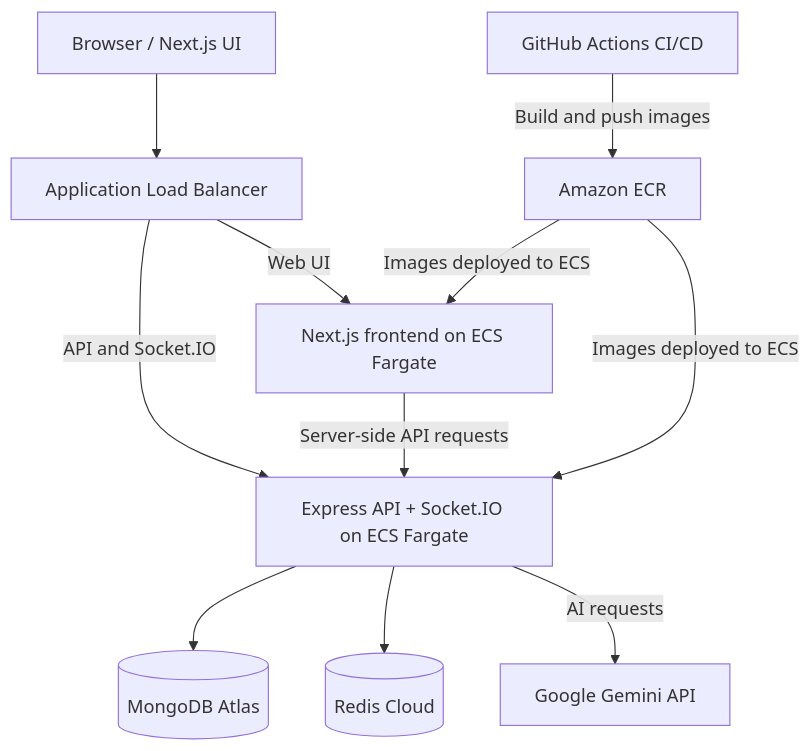
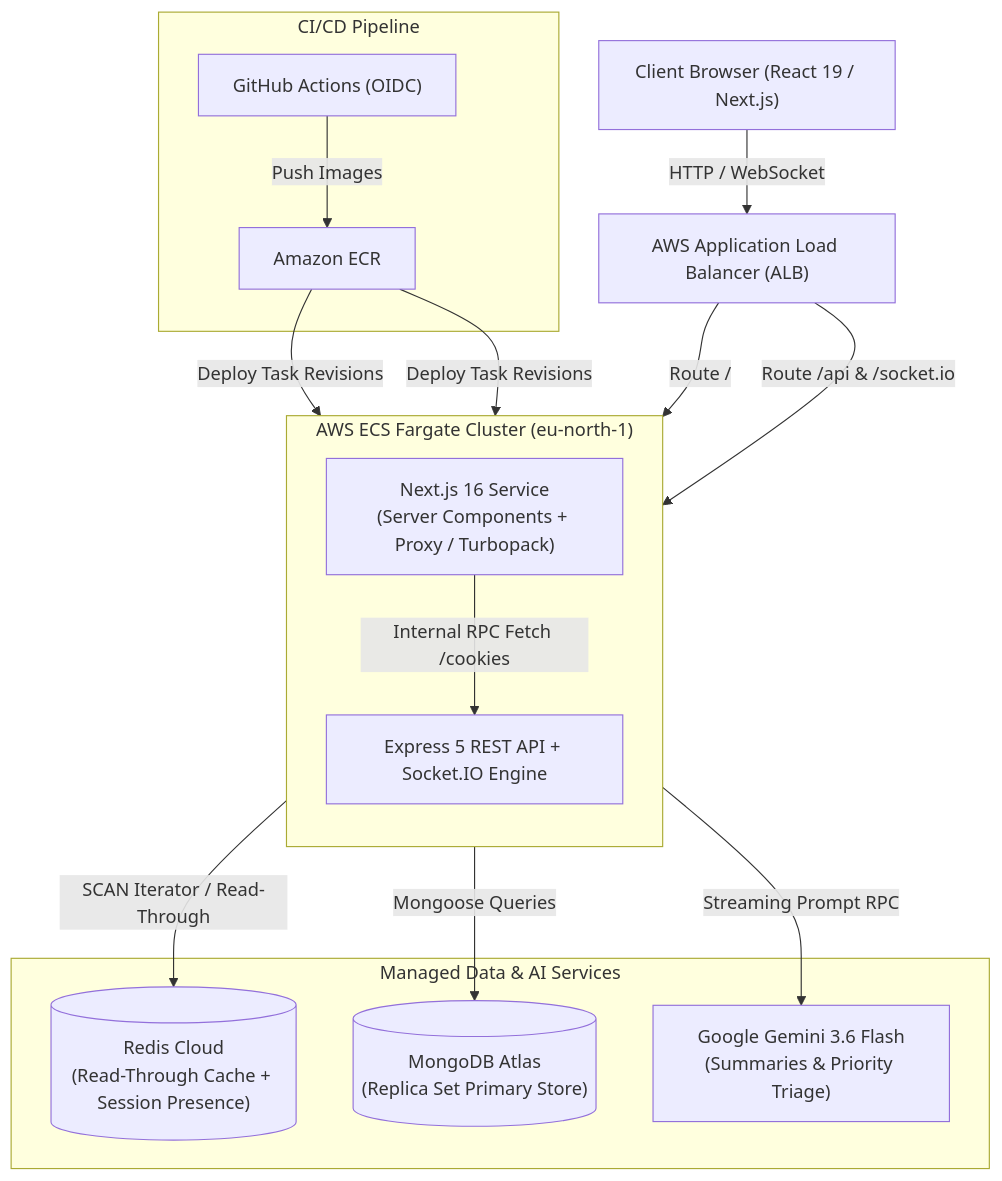
One commit to mussadiqkhan6886/TaskFlow_AI changed the first of 2 diagrams in README.md. Above: the diagram before and after it, drawn with Mermaid. The commit also changed other lines of this file and 8 other files, not shown here.

````diff
--- a/README.md
+++ b/README.md
@@ -161,23 +37,33 @@
-``` mermaid
+```mermaid
 flowchart TD
-    Browser[Browser / Next.js UI]
-    ALB[Application Load Balancer]
-    Frontend[Next.js frontend on ECS Fargate]
-    Backend[Express API + Socket.IO on ECS Fargate]
-    Mongo[(MongoDB Atlas)]
-    Redis[(Redis Cloud)]
-    Gemini[Google Gemini API]
-    ECR[Amazon ECR]
-    Actions[GitHub Actions CI/CD]
+    Client["Client Browser (React 19 / Next.js)"]
+    ALB["AWS Application Load Balancer (ALB)"]
+    
+    subgraph VPC ["AWS ECS Fargate Cluster (eu-north-1)"]
+        direction TB
+        Frontend["Next.js 16 Service<br/>(Server Components + Proxy / Turbopack)"]
+        Backend["Express 5 REST API + Socket.IO Engine"]
+    end
 
-    Browser --> ALB
-    ALB -->|Web UI| Frontend
-    ALB -->|API and Socket.IO| Backend
-    Frontend -->|Server-side API requests| Backend
-    Backend --> Mongo
-    Backend --> Redis
-    Backend -->|AI requests| Gemini
-    Actions -->|Build and push images| ECR
-    ECR -->|Images deployed to ECS| Frontend
-    ECR -->|Images deployed to ECS| Backend
+    subgraph DataTier ["Managed Data & AI Services"]
+        Redis[("Redis Cloud<br/>(Read-Through Cache + Session Presence)")]
+        Mongo[("MongoDB Atlas<br/>(Replica Set Primary Store)")]
+        Gemini["Google Gemini 3.6 Flash<br/>(Summaries & Priority Triage)"]
+    end
+
+    subgraph DevOps ["CI/CD Pipeline"]
+        GHA["GitHub Actions (OIDC)"]
+        ECR["Amazon ECR"]
+        GHA -->|Push Images| ECR
+        ECR -->|Deploy Task Revisions| Frontend
+        ECR -->|Deploy Task Revisions| Backend
+    end
+
+    Client -->|HTTP / WebSocket| ALB
+    ALB -->|Route / | Frontend
+    ALB -->|Route /api & /socket.io| Backend
+    Frontend -->|Internal RPC Fetch /cookies| Backend
+    Backend -->|SCAN Iterator / Read-Through| Redis
+    Backend -->|Mongoose Queries| Mongo
+    Backend -->|Streaming Prompt RPC| Gemini
 ```
````
